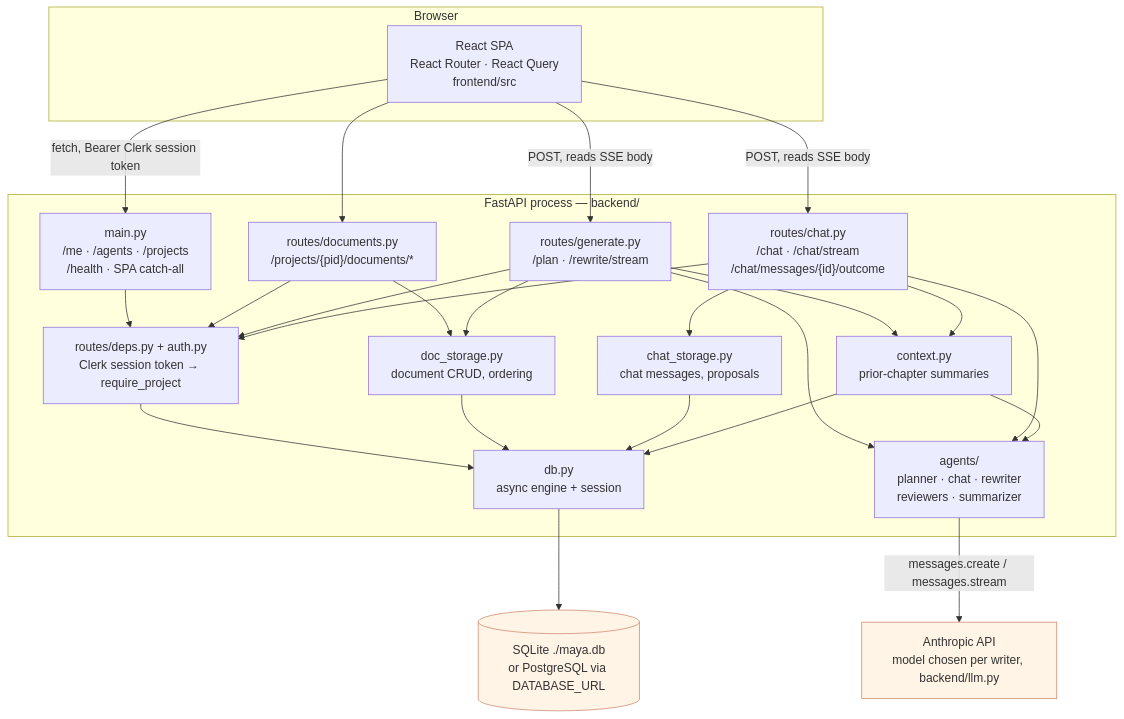
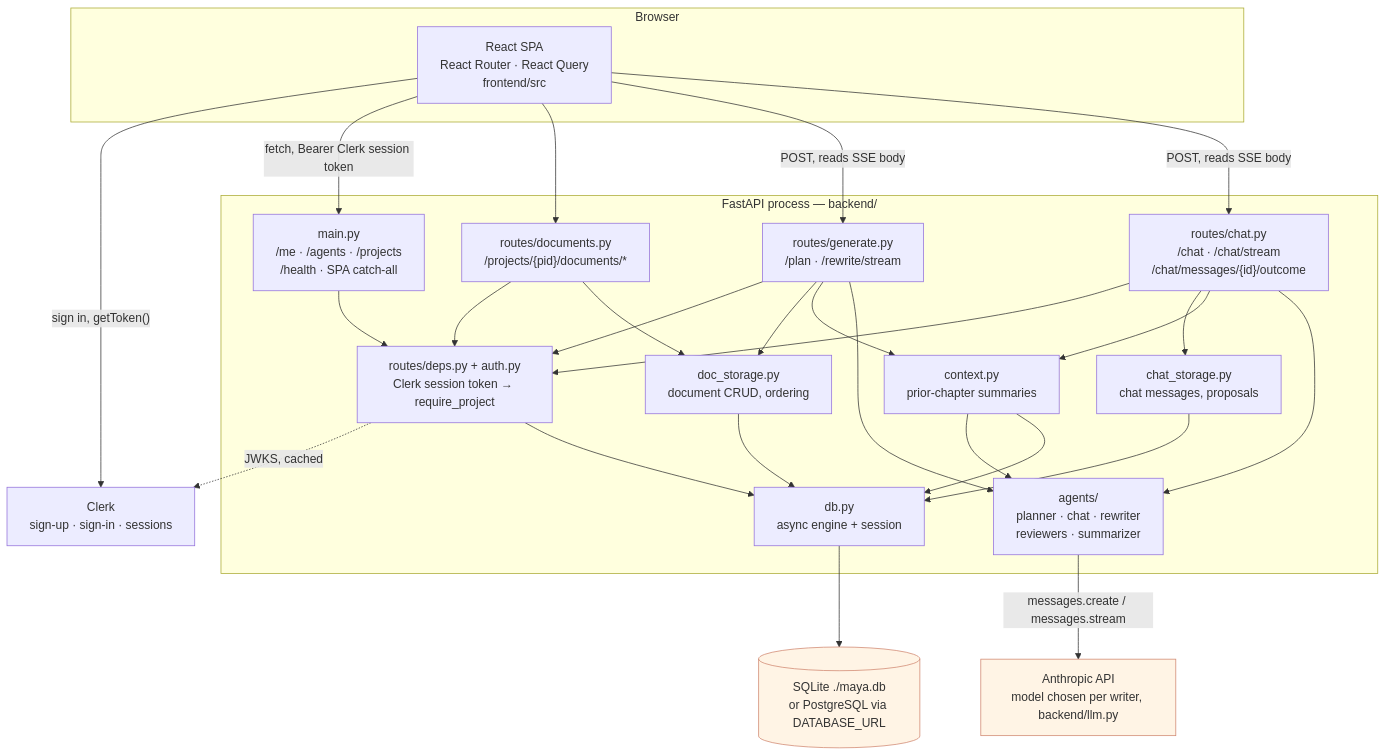
The first of 2 diagrams in docs/diagrams/01-system-overview.md (Akazz-L/maya), drawn with Mermaid before and after one commit. The commit also changed other lines of this file, not shown here.

Commit message:
docs: show Clerk in the system overview

````diff
--- a/docs/diagrams/01-system-overview.md
+++ b/docs/diagrams/01-system-overview.md
@@ -6,49 +6,52 @@
 ```mermaid
 graph TB
     subgraph browser["Browser"]
         SPA["React SPA<br/>React Router · React Query<br/>frontend/src"]
     end
 
     subgraph server["FastAPI process — backend/"]
         MAIN["main.py<br/>/me · /agents · /projects<br/>/health · SPA catch-all"]
         DOCS["routes/documents.py<br/>/projects/{pid}/documents/*"]
         GEN["routes/generate.py<br/>/plan · /rewrite/stream"]
         CHAT["routes/chat.py<br/>/chat · /chat/stream<br/>/chat/messages/{id}/outcome"]
         DEPS["routes/deps.py + auth.py<br/>Clerk session token → require_project"]
         STORE["doc_storage.py<br/>document CRUD, ordering"]
         CSTORE["chat_storage.py<br/>chat messages, proposals"]
         CTX["context.py<br/>prior-chapter summaries"]
         AGENTS["agents/<br/>planner · chat · rewriter<br/>reviewers · summarizer"]
         DB["db.py<br/>async engine + session"]
     end
 
     ANTHROPIC["Anthropic API<br/>model chosen per writer, backend/llm.py"]
     SQL[("SQLite ./maya.db<br/>or PostgreSQL via DATABASE_URL")]
+    CLERK["Clerk<br/>sign-up · sign-in · sessions"]
 
+    SPA -->|"sign in, getToken()"| CLERK
     SPA -->|"fetch, Bearer Clerk session token"| MAIN
+    DEPS -.->|"JWKS, cached"| CLERK
     SPA --> DOCS
     SPA -->|"POST, reads SSE body"| GEN
     SPA -->|"POST, reads SSE body"| CHAT
 
     MAIN --> DEPS
     DOCS --> DEPS
     GEN --> DEPS
     CHAT --> DEPS
     DOCS --> STORE
     GEN --> STORE
     GEN --> CTX
     GEN --> AGENTS
     CHAT --> CSTORE
     CHAT --> CTX
     CHAT --> AGENTS
     CTX --> AGENTS
     AGENTS -->|"messages.create / messages.stream"| ANTHROPIC
     DEPS --> DB
     STORE --> DB
     CSTORE --> DB
     CTX --> DB
     DB --> SQL
 
     classDef ext fill:#fff4e5,stroke:#d08770
     class ANTHROPIC,SQL ext
 ```
````
